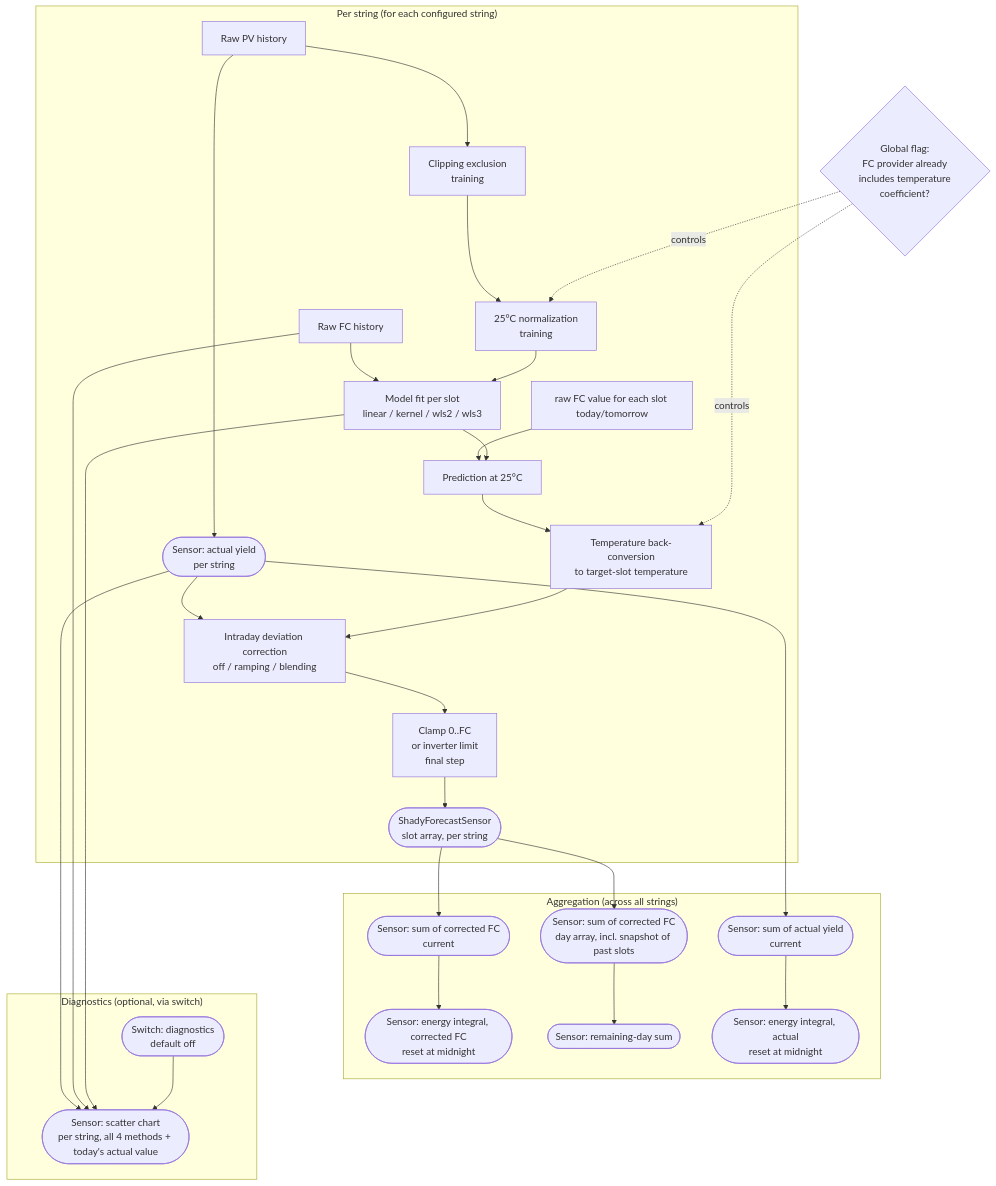
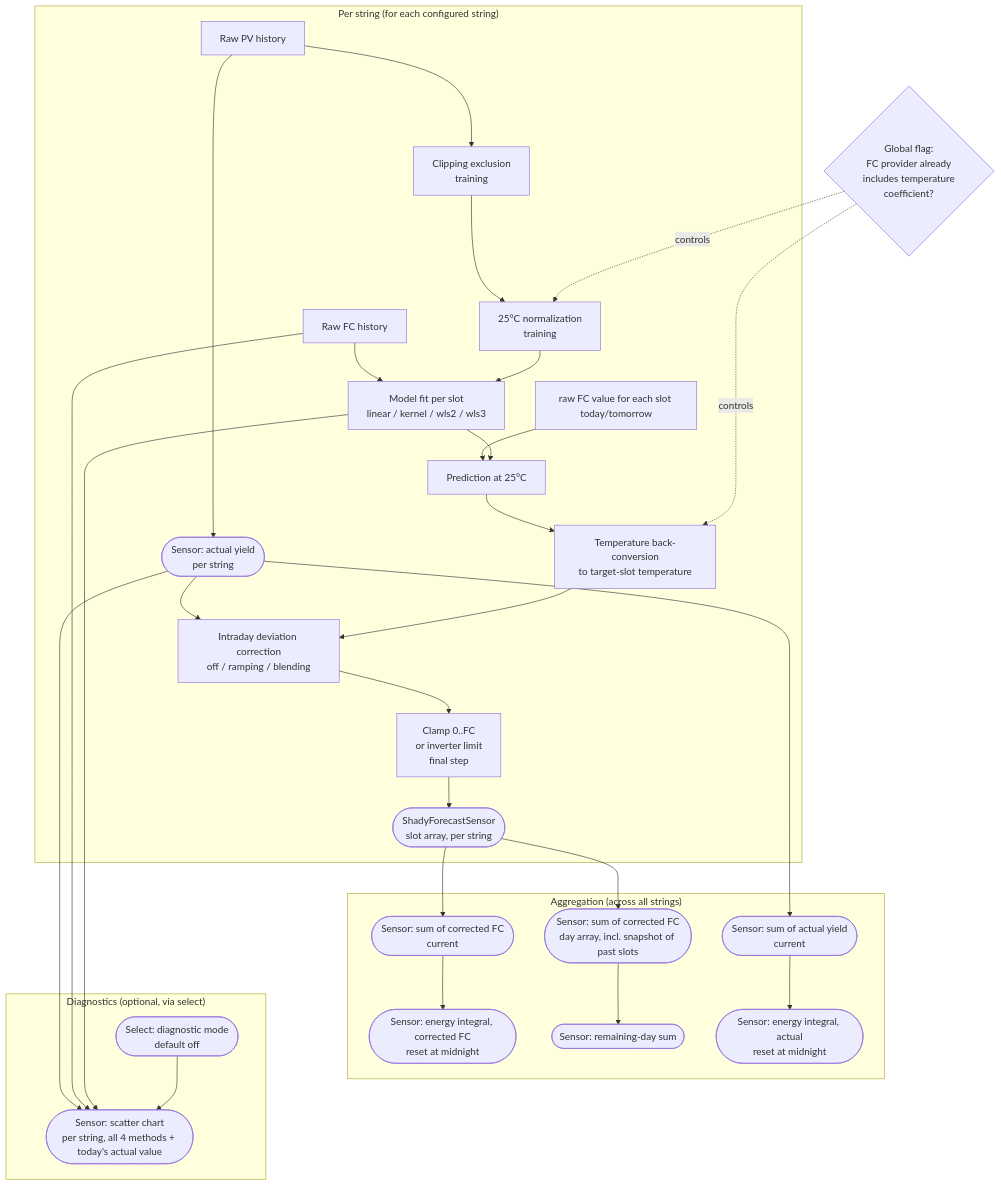
One commit to eschnepel/shady changed the diagram in docs/architecture.mmd. Above: the diagram before and after it, drawn with Mermaid. The commit also changed 4 other files, not shown here.

```diff
--- a/docs/architecture.mmd
+++ b/docs/architecture.mmd
@@ -1,58 +1,58 @@
 flowchart TB
   TEMPFLAG{Global flag:<br/>FC provider already<br/>includes temperature<br/>coefficient?}
 
   subgraph String["Per string (for each configured string)"]
     TEMPBACK[Temperature back-conversion<br/>to target-slot temperature]
     INTRADAY[Intraday deviation correction<br/>off / ramping / blending]
     CLAMP[Clamp 0..FC<br/>or inverter limit<br/>final step]
     PVSensor([Sensor: actual yield<br/>per string])
     CLIP[Clipping exclusion<br/>training]
     FCLive[raw FC value for each slot today/tomorrow]
     PV[Raw PV history]
     FIT[Model fit per slot<br/>linear / kernel / wls2 / wls3]
     TEMP[25°C normalization<br/>training]
     PRED[Prediction at 25°C]
     FC[Raw FC history]
     FCSensor([ShadyForecastSensor<br/>slot array, per string])
 
   end
 
   subgraph Agg["Aggregation (across all strings)"]
     SUMFC([Sensor: sum of corrected FC<br/>current])
     DAYSUM([Sensor: sum of corrected FC<br/>day array, incl. snapshot of past slots])
     SUMPV([Sensor: sum of actual yield<br/>current])
     INTFC([Sensor: energy integral, corrected FC<br/>reset at midnight])
     REST([Sensor: remaining-day sum])
     INTPV([Sensor: energy integral, actual<br/>reset at midnight])
 
   end
 
-  subgraph Diag["Diagnostics (optional, via switch)"]
-    SWITCH([Switch: diagnostics<br/>default off])
+  subgraph Diag["Diagnostics (optional, via select)"]
+    SELECT([Select: diagnostic mode<br/>default off])
     SCATTER([Sensor: scatter chart<br/>per string, all 4 methods + today's actual value])
   end
 
   TEMPFLAG -. controls .-> TEMPBACK
     PV --> CLIP
     PV --> PVSensor
   TEMPFLAG -. controls .-> TEMP
     CLIP --> TEMP
     TEMP --> FIT
-    SWITCH --> SCATTER
+    SELECT --> SCATTER
   FIT --> SCATTER
     FC --> FIT
     FIT --> PRED
     FCLive --> PRED
     PRED --> TEMPBACK --> INTRADAY
     PVSensor --> INTRADAY
     INTRADAY --> CLAMP --> FCSensor
 
-    INTRADAY ~~~~~~ SWITCH
+    INTRADAY ~~~~~~ SELECT
   FCSensor --> DAYSUM
     DAYSUM --> REST
     SUMPV --> INTPV
     SUMFC --> INTFC
   FCSensor --> SUMFC
   PVSensor --> SUMPV
   FC --> SCATTER
   PVSensor --> SCATTER
```
